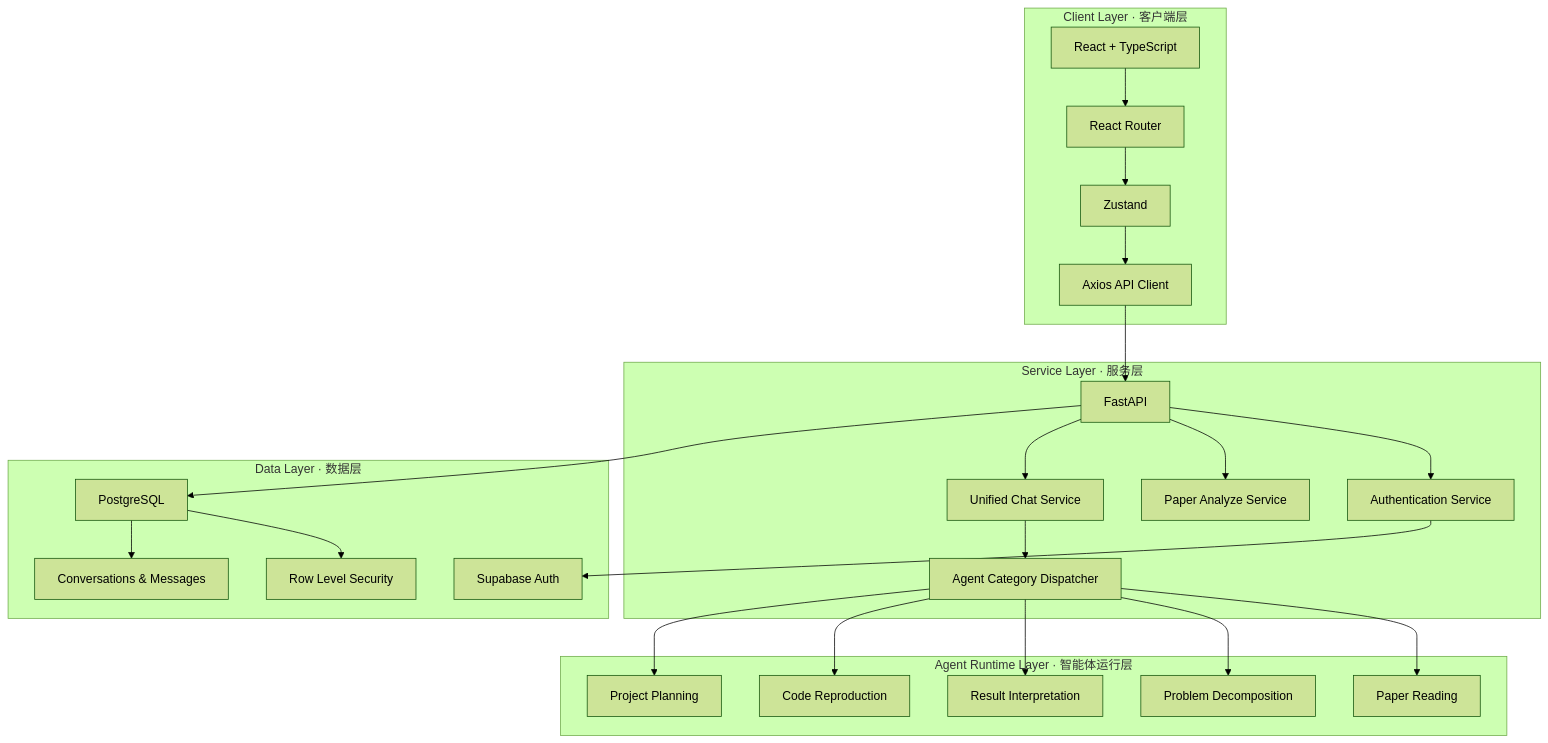
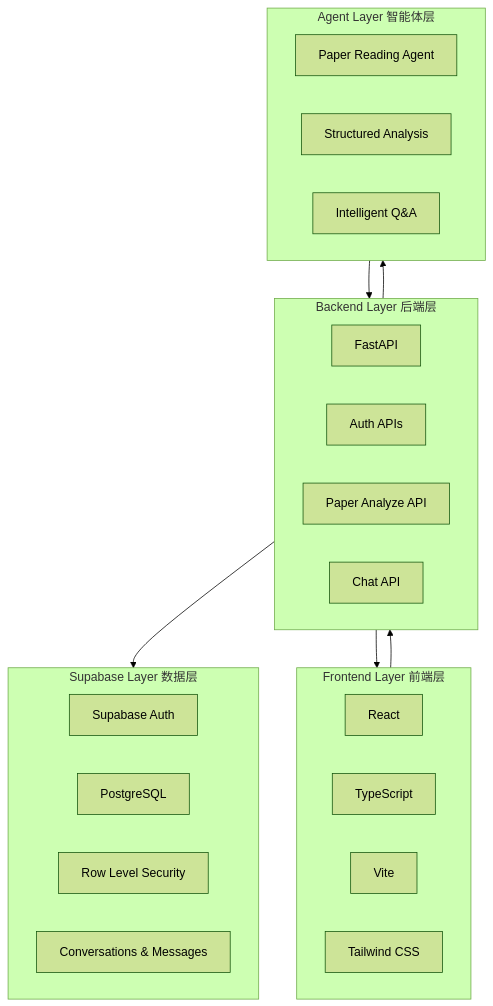
One commit to telitor/SciCopilot changed the second of 5 diagrams in README.md. Above: the diagram before and after it, drawn with Mermaid (forest theme). The commit also changed other lines of this file and 8 other files, not shown here.

Commit message:
feat: integrate project planning agent

````diff
--- a/README.md
+++ b/README.md
@@ -192,53 +111,35 @@
 ```mermaid
 flowchart TB
-    subgraph Client["Client Layer · 客户端层"]
-        UI["React + TypeScript"]
-        ROUTER["React Router"]
-        STORE["Zustand"]
-        HTTP["Axios API Client"]
+    subgraph Frontend["Frontend Layer 前端层"]
+        F1["React"]
+        F2["TypeScript"]
+        F3["Vite"]
+        F4["Tailwind CSS"]
     end
 
-    subgraph Service["Service Layer · 服务层"]
-        API["FastAPI"]
-        AUTH["Authentication Service"]
-        PAPER["Paper Analyze Service"]
-        CHAT["Unified Chat Service"]
-        DISPATCH["Agent Category Dispatcher"]
+    subgraph Backend["Backend Layer 后端层"]
+        B1["FastAPI"]
+        B2["Auth APIs"]
+        B3["Paper Analyze API"]
+        B4["Chat API"]
     end
 
-    subgraph AgentLayer["Agent Runtime Layer · 智能体运行层"]
-        PA["Paper Reading"]
-        PD["Problem Decomposition"]
-        RI["Result Interpretation"]
-        CR["Code Reproduction"]
-        PP["Project Planning"]
+    subgraph Database["Supabase Layer 数据层"]
+        S1["Supabase Auth"]
+        S2["PostgreSQL"]
+        S3["Row Level Security"]
+        S4["Conversations & Messages"]
     end
 
-    subgraph Data["Data Layer · 数据层"]
-        SA["Supabase Auth"]
-        DB["PostgreSQL"]
-        RLS["Row Level Security"]
-        MSG["Conversations & Messages"]
+    subgraph Agent["Agent Layer 智能体层"]
+        A1["Paper Reading Agent"]
+        A2["Structured Analysis"]
+        A3["Intelligent Q&A"]
     end
 
-    UI --> ROUTER
-    ROUTER --> STORE
-    STORE --> HTTP
-    HTTP --> API
-
-    API --> AUTH
-    API --> PAPER
-    API --> CHAT
-    CHAT --> DISPATCH
-
-    DISPATCH --> PA
-    DISPATCH --> PD
-    DISPATCH --> RI
-    DISPATCH --> CR
-    DISPATCH --> PP
-
-    AUTH --> SA
-    API --> DB
-    DB --> RLS
-    DB --> MSG
+    Frontend --> Backend
+    Backend --> Database
+    Backend --> Agent
+    Agent --> Backend
+    Backend --> Frontend
 ```
````
